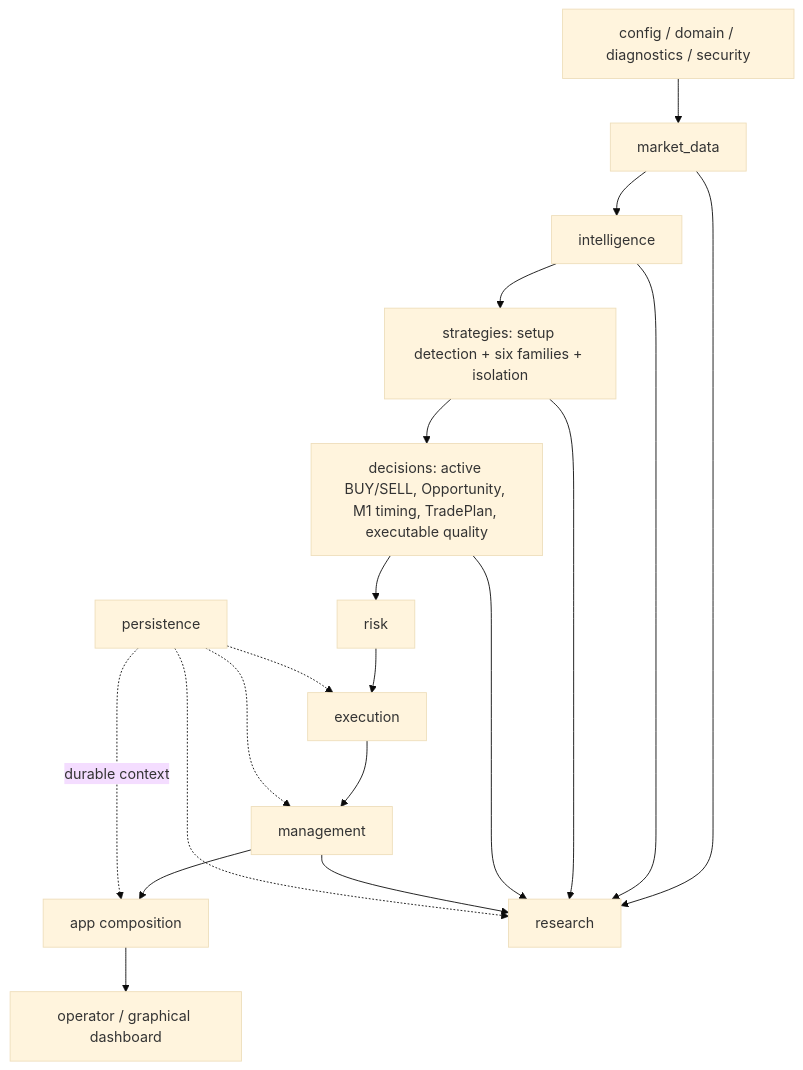
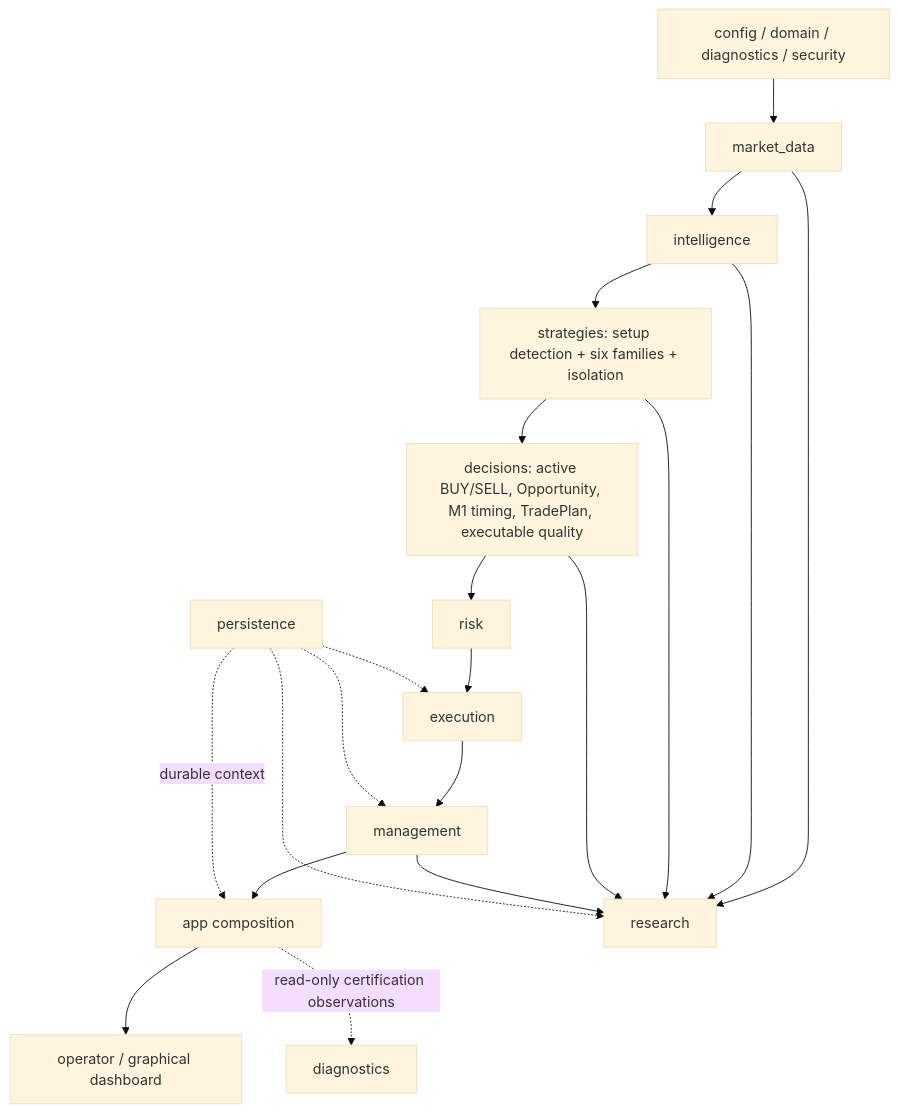
Before and after one commit to Hatoobachoo/GoldScalpTrader: the diagram in Documents/07-engineering/MODULE_STRUCTURE.md, drawn with Mermaid (base theme). The commit also changed other lines of this file and 4 other files, not shown here.

````diff
--- a/Documents/07-engineering/MODULE_STRUCTURE.md
+++ b/Documents/07-engineering/MODULE_STRUCTURE.md
@@ -9,23 +9,24 @@
 ```mermaid
 flowchart TB
     BASE["config / domain / diagnostics / security"] --> DATA["market_data"]
     DATA --> INTEL["intelligence"]
     INTEL --> STRAT["strategies: setup detection + six families + isolation"]
     STRAT --> DEC["decisions: active BUY/SELL, Opportunity, M1 timing, TradePlan, executable quality"]
     DEC --> RISK["risk"]
     RISK --> EXEC["execution"]
     EXEC --> MGMT["management"]
     MGMT --> APP["app composition"]
     APP --> OP["operator / graphical dashboard"]
 
     DATA --> RESEARCH["research"]
     INTEL --> RESEARCH
     STRAT --> RESEARCH
     DEC --> RESEARCH
     MGMT --> RESEARCH
 
     PERSIST["persistence"] -. "durable context" .-> APP
     PERSIST -.-> EXEC
     PERSIST -.-> MGMT
     PERSIST -.-> RESEARCH
+    APP -. "read-only certification observations" .-> DIAG["diagnostics"]
 ```
````
